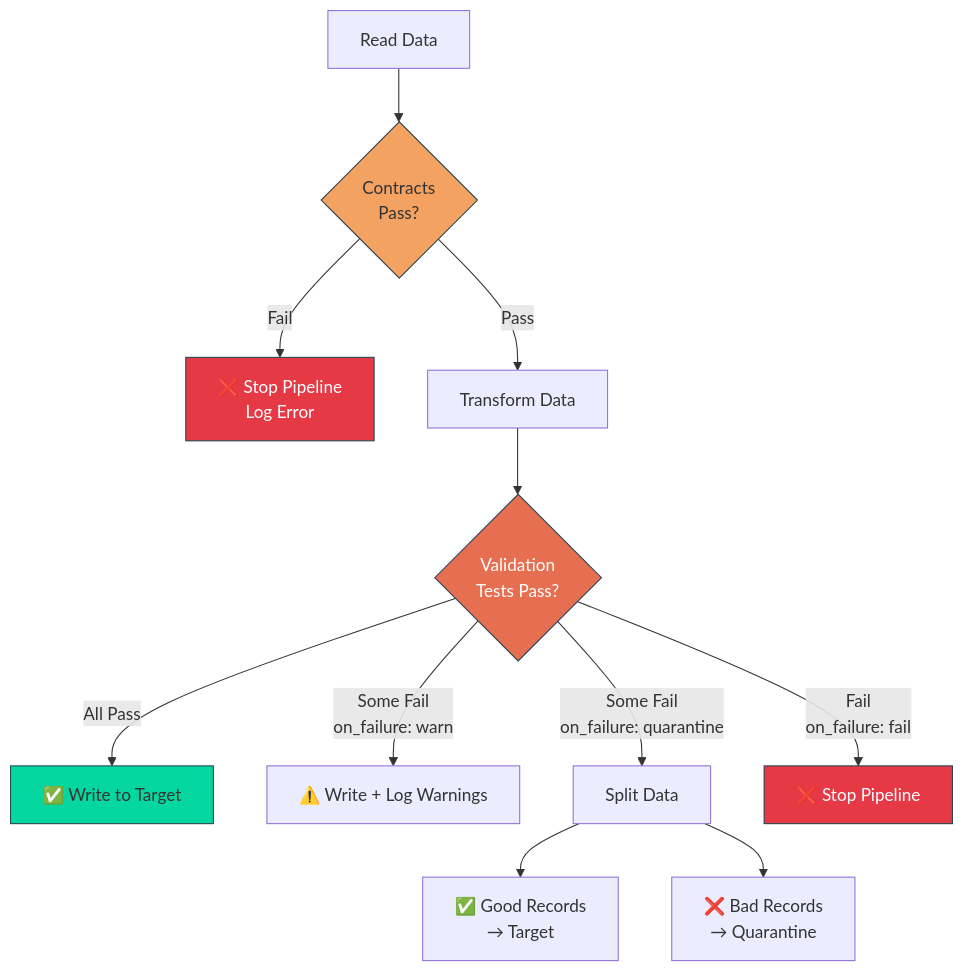
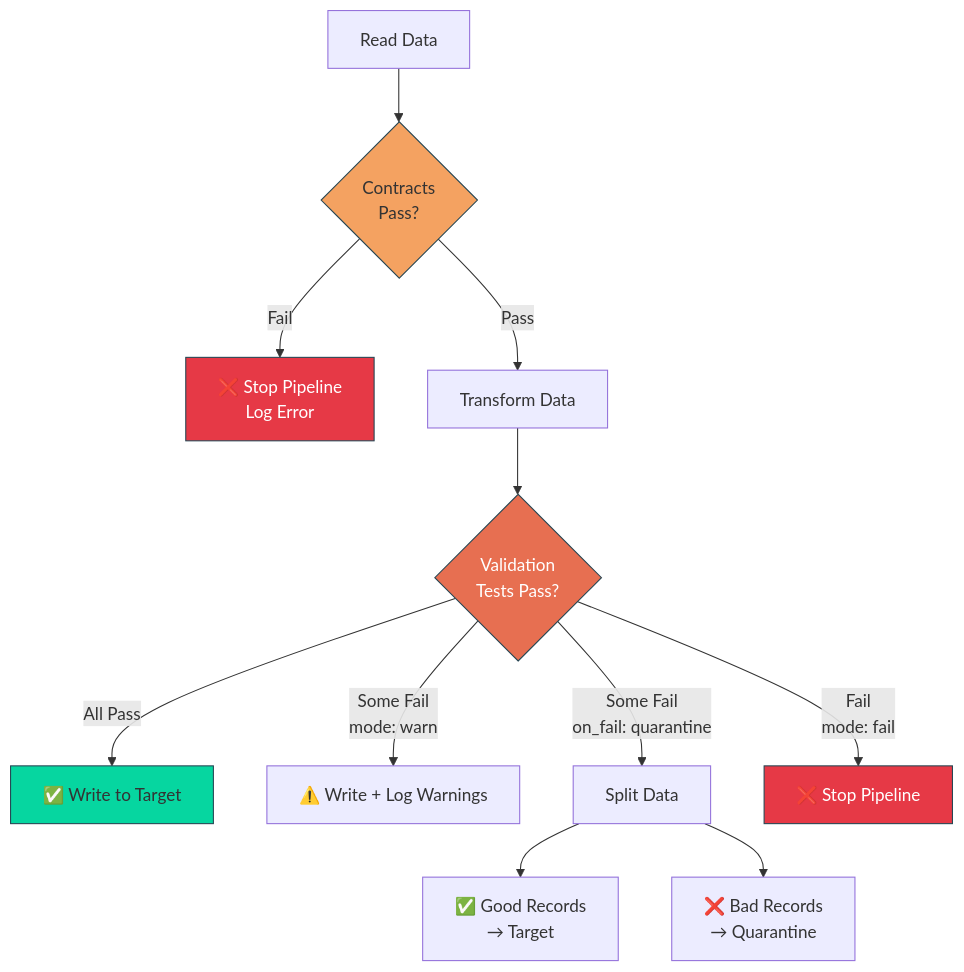
One commit to henryodibi11/Odibi changed the fourth of 4 diagrams in docs/visuals/odibi_architecture.md. Above: the diagram before and after it, drawn with Mermaid. The commit also changed 103 other files, not shown here.

````diff
--- a/docs/visuals/odibi_architecture.md
+++ b/docs/visuals/odibi_architecture.md
@@ -159,23 +159,23 @@
 ```mermaid
 graph TB
     Read[Read Data] --> Contract{Contracts<br/>Pass?}
     Contract -->|Fail| Abort[❌ Stop Pipeline<br/>Log Error]
     Contract -->|Pass| Transform[Transform Data]
     
     Transform --> Validate{Validation<br/>Tests Pass?}
     
     Validate -->|All Pass| Write[✅ Write to Target]
-    Validate -->|Some Fail<br/>on_failure: warn| WriteWarn[⚠️ Write + Log Warnings]
-    Validate -->|Some Fail<br/>on_failure: quarantine| Split[Split Data]
+    Validate -->|Some Fail<br/>mode: warn| WriteWarn[⚠️ Write + Log Warnings]
+    Validate -->|Some Fail<br/>on_fail: quarantine| Split[Split Data]
     
     Split --> Good[✅ Good Records<br/>→ Target]
     Split --> Bad[❌ Bad Records<br/>→ Quarantine]
     
-    Validate -->|Fail<br/>on_failure: fail| AbortValidation[❌ Stop Pipeline]
+    Validate -->|Fail<br/>mode: fail| AbortValidation[❌ Stop Pipeline]
     
     style Contract fill:#f4a261,stroke:#264653,color:#333
     style Validate fill:#e76f51,stroke:#264653,color:#fff
     style Write fill:#06d6a0,stroke:#264653,color:#333
     style Abort fill:#e63946,stroke:#264653,color:#fff
     style AbortValidation fill:#e63946,stroke:#264653,color:#fff
 ```
````
